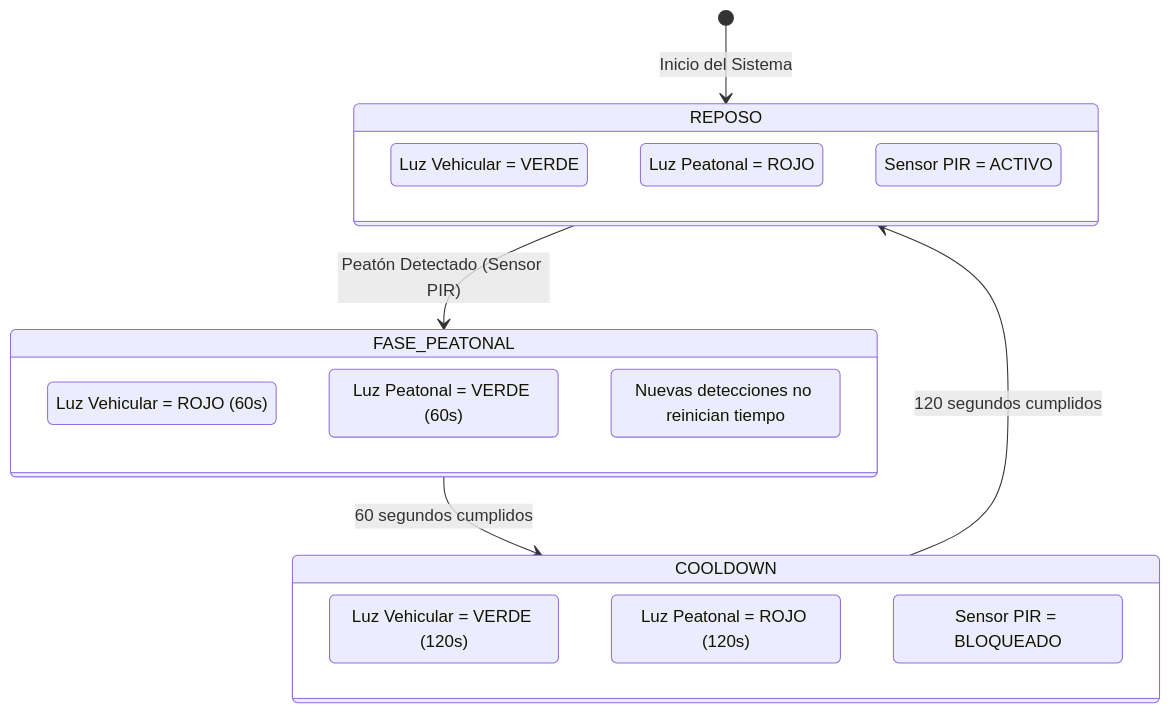
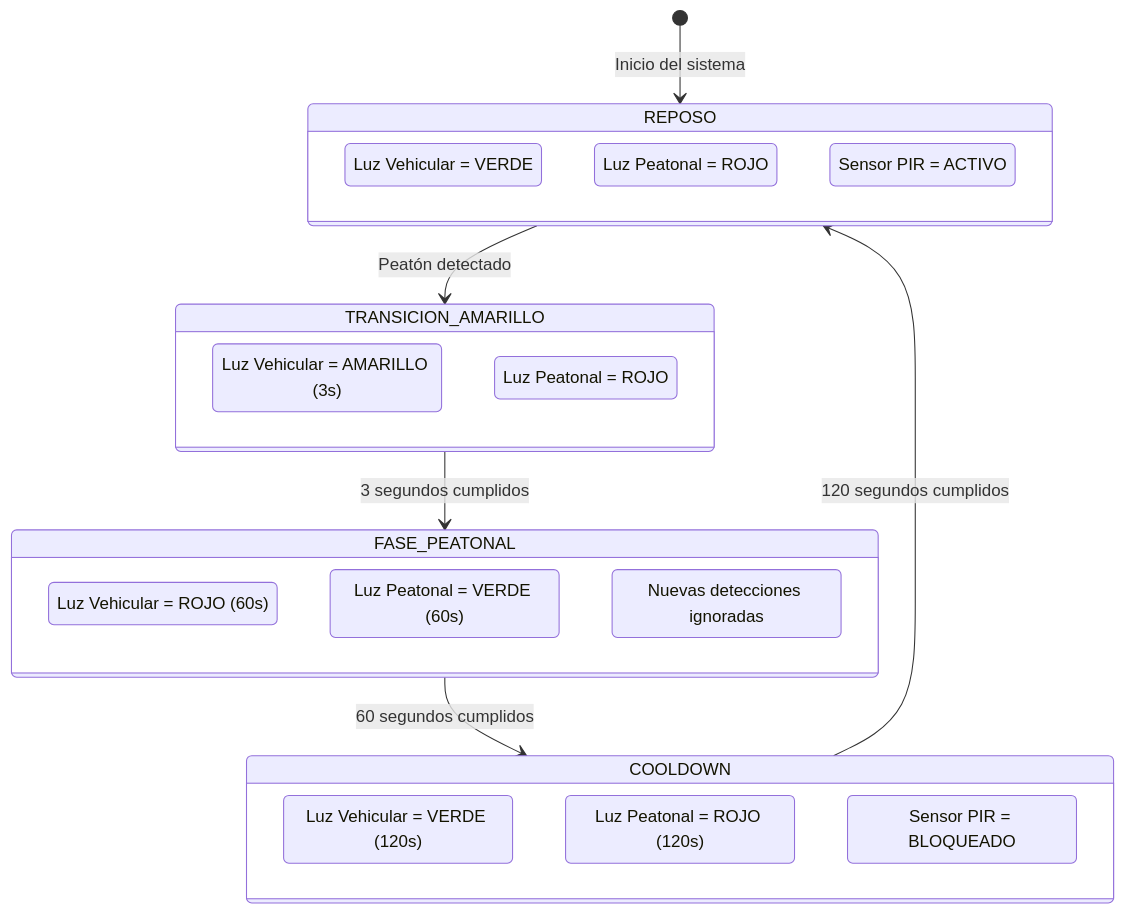
The diagram in README.md (EnzoAyala/semaforo-ai), drawn with Mermaid before and after one commit. The commit also changed other lines of this file and 27 other files, not shown here.

````diff
--- a/README.md
+++ b/README.md
@@ -20,28 +55,36 @@
 ```mermaid
 stateDiagram-v2
-    [*] --> REPOSO: Inicio del Sistema
-    
+
+    [*] --> REPOSO: Inicio del sistema
+
     state REPOSO {
         Vehicular_Verde: Luz Vehicular = VERDE
         Peatonal_Rojo: Luz Peatonal = ROJO
         Sensor_Activo: Sensor PIR = ACTIVO
     }
 
-    REPOSO --> FASE_PEATONAL: Peatón Detectado (Sensor PIR)
-    
+    REPOSO --> TRANSICION_AMARILLO: Peatón detectado
+
+    state TRANSICION_AMARILLO {
+        Vehicular_Amarillo: Luz Vehicular = AMARILLO (3s)
+        Peatonal_Rojo_Trans: Luz Peatonal = ROJO
+    }
+
+    TRANSICION_AMARILLO --> FASE_PEATONAL: 3 segundos cumplidos
+
     state FASE_PEATONAL {
         Vehicular_Rojo: Luz Vehicular = ROJO (60s)
         Peatonal_Verde: Luz Peatonal = VERDE (60s)
-        Sensor_Ignorado: Nuevas detecciones no reinician tiempo
+        Sensor_Ignorado: Nuevas detecciones ignoradas
     }
 
     FASE_PEATONAL --> COOLDOWN: 60 segundos cumplidos
-    
+
     state COOLDOWN {
         Vehicular_Verde_CD: Luz Vehicular = VERDE (120s)
         Peatonal_Rojo_CD: Luz Peatonal = ROJO (120s)
         Sensor_Bloqueado: Sensor PIR = BLOQUEADO
     }
 
     COOLDOWN --> REPOSO: 120 segundos cumplidos
 ```
````
